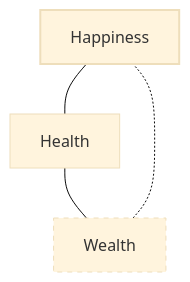
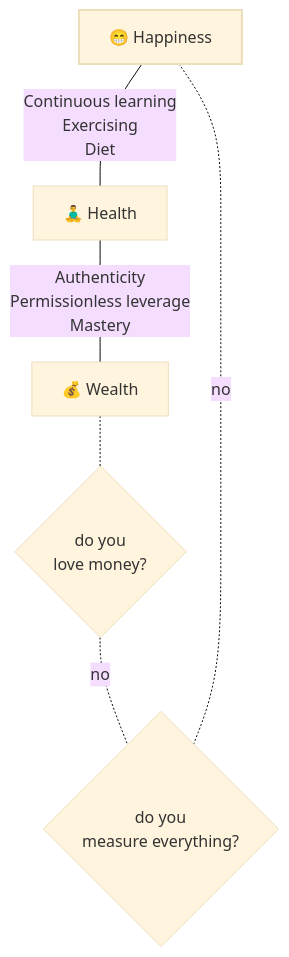
Before and after one commit to tuxerrante/knowledge: the diagram in docs/entrepreneurship/the-almanack-of-naval-ravikant.md, drawn with Mermaid (base theme).

````diff
--- a/docs/entrepreneurship/the-almanack-of-naval-ravikant.md
+++ b/docs/entrepreneurship/the-almanack-of-naval-ravikant.md
@@ -76,10 +76,12 @@
 ```mermaid
 flowchart
-	n1["Happiness"]
-	style n1 stroke-width:2px
-	n1 --- n4["Health "]
-	n4 --- n2["Wealth"]
- n2 -.- n1
-	style n2 stroke-width:1px,stroke-dasharray:5 5
+	n1["😁 Happiness"]
+    style n1 stroke-width:2px
+    n1 -- Continuous learning<br>Exercising<br>Diet --- n4["🧘‍♂️ Health "]
+    n4 -- Authenticity <br>Permissionless leverage<br>Mastery --- n2["💰 Wealth"]
+    n2 -.- n3@{ shape: "diam", label: "do you<br>love money?" }
+    n3 -. no .-n5@{ shape: "diam", label: "do you<br>measure everything?" }
+    n5 -. no .-n1
+    style n2 stroke-width:1px,stroke
 
 ```
````
